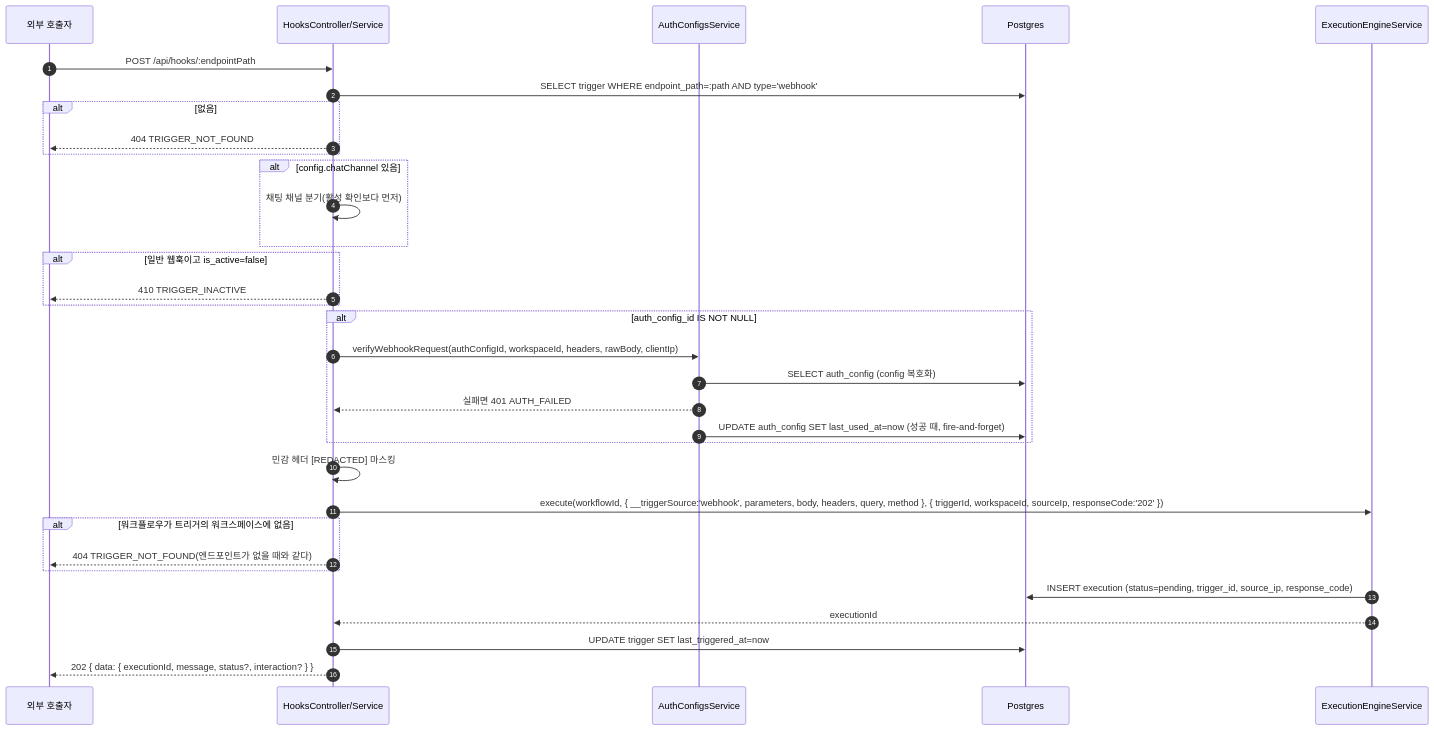
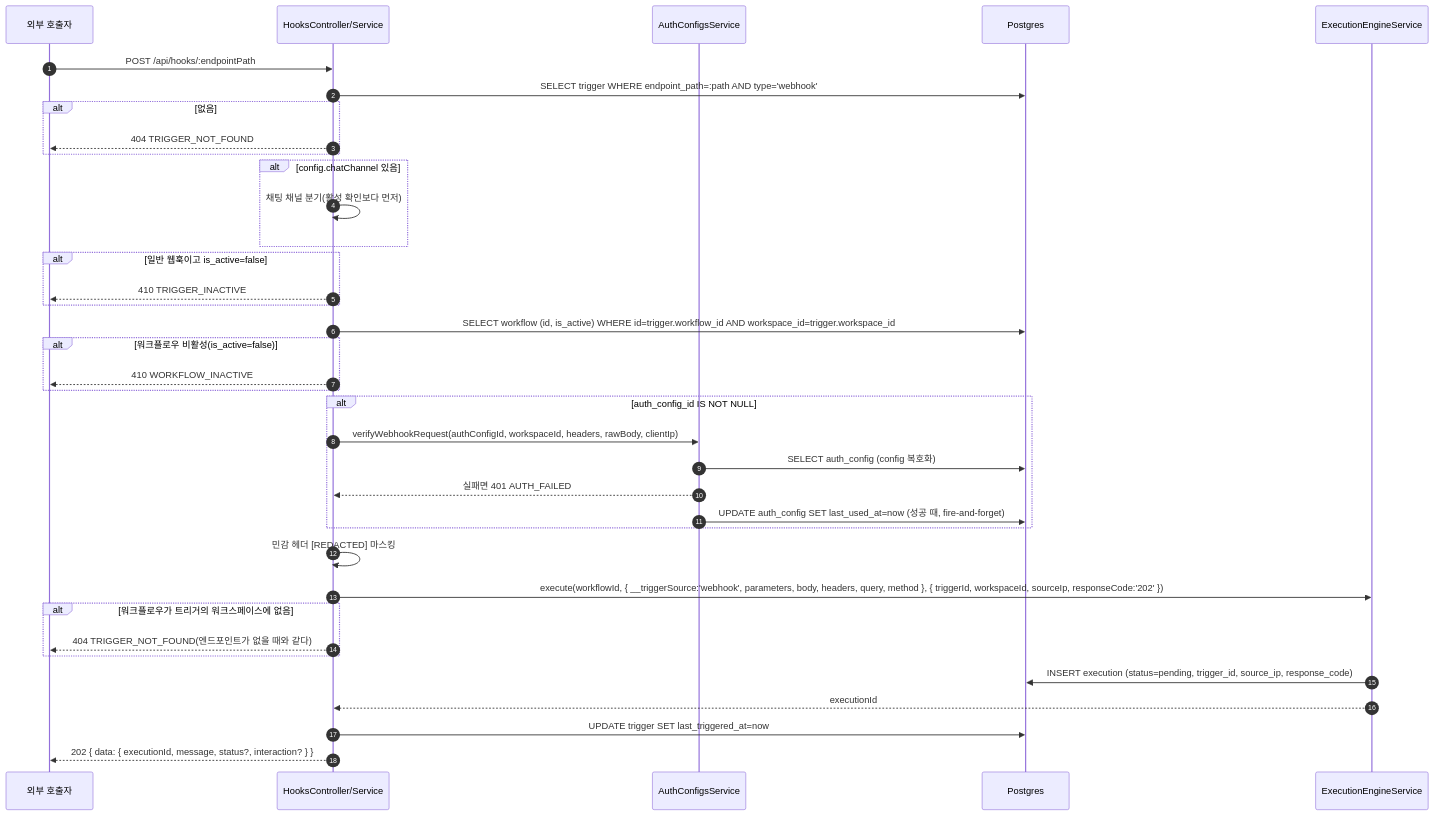
Before and after one commit to worker-ants/clemvion: the third of 6 diagrams in spec/CLE-TRIG/CLE-TRIG-DATA.md, drawn with Mermaid. The commit also changed other lines of this file and 36 other files, not shown here.

First line of the commit message:
꺼진 워크플로우는 웹훅 · 채팅 채널 · 스케줄로 실행하지 않고, 실행 중 /start 는 재시작한다 (CLE-T-XRWFMJ, CLE-T-V4WVF2) (#1536)

````diff
--- a/spec/CLE-TRIG/CLE-TRIG-DATA.md
+++ b/spec/CLE-TRIG/CLE-TRIG-DATA.md
@@ -240,35 +242,39 @@
 ```mermaid
 sequenceDiagram
     autonumber
     participant Ext as 외부 호출자
     participant Hk as HooksController/Service
     participant AC as AuthConfigsService
     participant PG as Postgres
     participant Eng as ExecutionEngineService
     Ext->>Hk: POST /api/hooks/:endpointPath
     Hk->>PG: SELECT trigger WHERE endpoint_path=:path AND type='webhook'
     alt 없음
         Hk-->>Ext: 404 TRIGGER_NOT_FOUND
     end
     alt config.chatChannel 있음
         Hk->>Hk: 채팅 채널 분기(활성 확인보다 먼저)
     end
     alt 일반 웹훅이고 is_active=false
         Hk-->>Ext: 410 TRIGGER_INACTIVE
     end
+    Hk->>PG: SELECT workflow (id, is_active) WHERE id=trigger.workflow_id AND workspace_id=trigger.workspace_id
+    alt 워크플로우 비활성(is_active=false)
+        Hk-->>Ext: 410 WORKFLOW_INACTIVE
+    end
     alt auth_config_id IS NOT NULL
         Hk->>AC: verifyWebhookRequest(authConfigId, workspaceId, headers, rawBody, clientIp)
         AC->>PG: SELECT auth_config (config 복호화)
         AC-->>Hk: 실패면 401 AUTH_FAILED
         AC->>PG: UPDATE auth_config SET last_used_at=now (성공 때, fire-and-forget)
     end
     Hk->>Hk: 민감 헤더 [REDACTED] 마스킹
     Hk->>Eng: execute(workflowId, { __triggerSource:'webhook', parameters, body, headers, query, method }, { triggerId, workspaceId, sourceIp, responseCode:'202' })
     alt 워크플로우가 트리거의 워크스페이스에 없음
         Hk-->>Ext: 404 TRIGGER_NOT_FOUND(엔드포인트가 없을 때와 같다)
     end
     Eng->>PG: INSERT execution (status=pending, trigger_id, source_ip, response_code)
     Eng-->>Hk: executionId
     Hk->>PG: UPDATE trigger SET last_triggered_at=now
     Hk-->>Ext: 202 { data: { executionId, message, status?, interaction? } }
 ```
````
